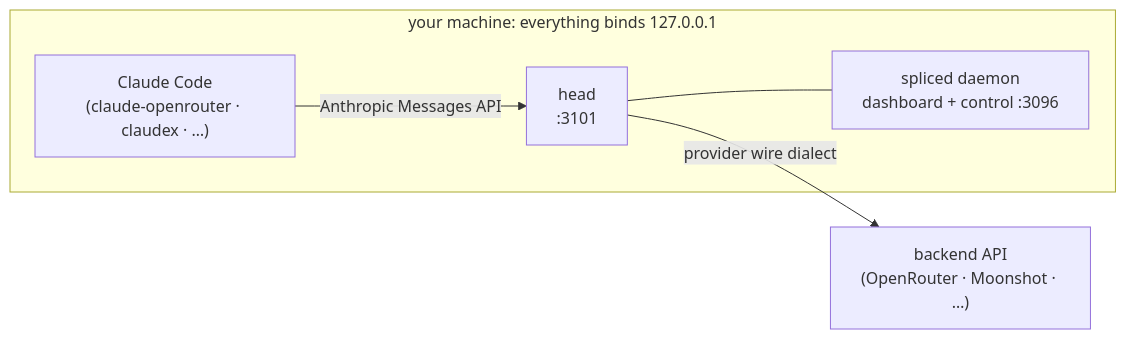
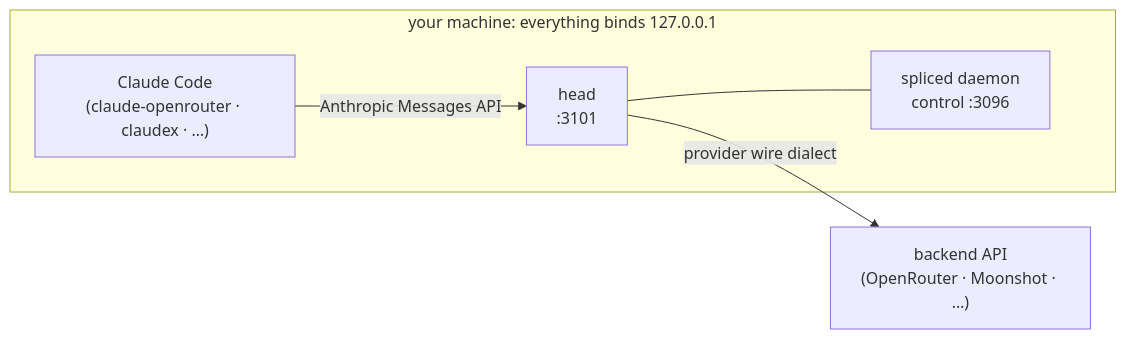
The diagram in README.md (torad-labs/splice), drawn with Mermaid before and after one commit. The commit also changed other lines of this file and 543 other files, not shown here.

````diff
--- a/README.md
+++ b/README.md
@@ -703,11 +698,11 @@
 ```mermaid
 flowchart LR
     subgraph machine["your machine: everything binds 127.0.0.1"]
         CC["Claude Code<br/>(claude-openrouter · claudex · …)"]
         HEAD["head<br/>:3101"]
-        D["spliced daemon<br/>dashboard + control :3096"]
+        D["spliced daemon<br/>control :3096"]
         CC -- "Anthropic Messages API" --> HEAD
         HEAD --- D
     end
     HEAD -- "provider wire dialect" --> API["backend API<br/>(OpenRouter · Moonshot · …)"]
 ```
````
